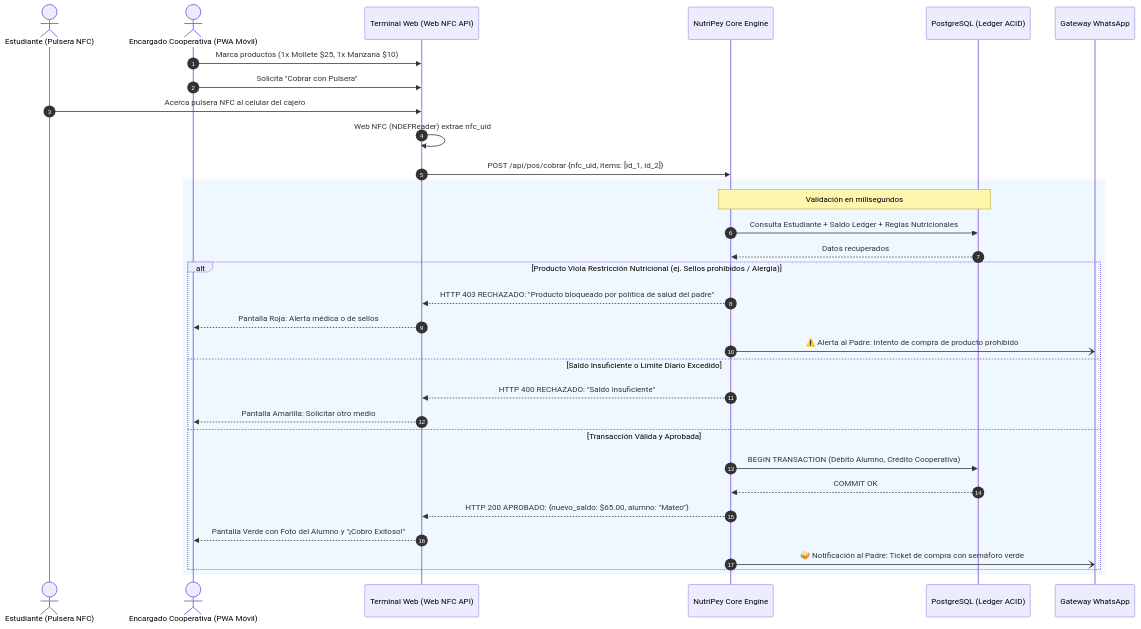
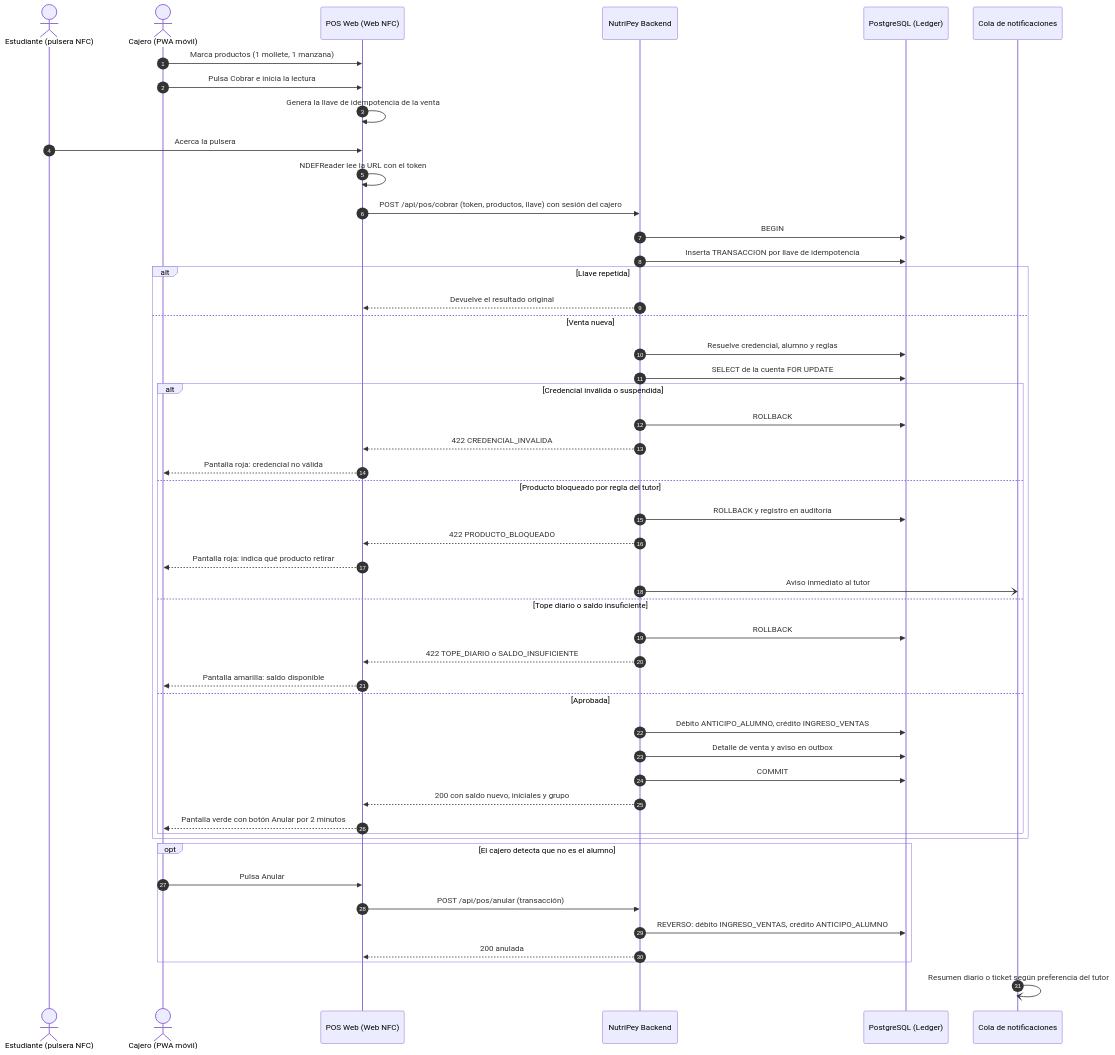
Before and after one commit to rslnt1270/NutriPey_Hackathon_CDMX_2026: the third of 4 diagrams in docs/diagrams/03_system_flows.md, drawn with Mermaid. The commit also changed other lines of this file and 20 other files, not shown here.

````diff
--- a/docs/diagrams/03_system_flows.md
+++ b/docs/diagrams/03_system_flows.md
@@ -56,37 +114,55 @@
 ```mermaid
 sequenceDiagram
     autonumber
-    actor Estudiante as Estudiante (Pulsera NFC)
-    actor Cajero as Encargado Cooperativa (PWA Móvil)
-    participant POS as Terminal Web (Web NFC API)
-    participant Backend as NutriPey Core Engine
-    participant DB as PostgreSQL (Ledger ACID)
-    participant WhatsApp as Gateway WhatsApp
+    actor Estudiante as Estudiante (pulsera NFC)
+    actor Cajero as Cajero (PWA móvil)
+    participant POS as POS Web (Web NFC)
+    participant Backend as NutriPey Backend
+    participant DB as PostgreSQL (Ledger)
+    participant Cola as Cola de notificaciones
 
-    Cajero->>POS: Marca productos (1x Mollete $25, 1x Manzana $10)
-    Cajero->>POS: Solicita "Cobrar con Pulsera"
-    Estudiante->>POS: Acerca pulsera NFC al celular del cajero
-    POS->>POS: Web NFC (NDEFReader) extrae nfc_uid
-    POS->>Backend: POST /api/pos/cobrar {nfc_uid, items: [id_1, id_2]}
+    Cajero->>POS: Marca productos (1 mollete, 1 manzana)
+    Cajero->>POS: Pulsa Cobrar e inicia la lectura
+    POS->>POS: Genera la llave de idempotencia de la venta
+    Estudiante->>POS: Acerca la pulsera
+    POS->>POS: NDEFReader lee la URL con el token
+    POS->>Backend: POST /api/pos/cobrar (token, productos, llave) con sesión del cajero
 
-    rect rgb(240, 248, 255)
-        Note over Backend, DB: Validación en milisegundos
-        Backend->>DB: Consulta Estudiante + Saldo Ledger + Reglas Nutricionales
-        DB-->>Backend: Datos recuperados
-
-        alt Producto Viola Restricción Nutricional (ej. Sellos prohibidos / Alergia)
-            Backend-->>POS: HTTP 403 RECHAZADO: "Producto bloqueado por política de salud del padre"
-            POS-->>Cajero: Pantalla Roja: Alerta médica o de sellos
-            Backend-)WhatsApp: ⚠️ Alerta al Padre: Intento de compra de producto prohibido
-        else Saldo Insuficiente o Límite Diario Excedido
-            Backend-->>POS: HTTP 400 RECHAZADO: "Saldo insuficiente"
-            POS-->>Cajero: Pantalla Amarilla: Solicitar otro medio
-        else Transacción Válida y Aprobada
-            Backend->>DB: BEGIN TRANSACTION (Débito Alumno, Crédito Cooperativa)
-            DB-->>Backend: COMMIT OK
-            Backend-->>POS: HTTP 200 APROBADO: {nuevo_saldo: $65.00, alumno: "Mateo"}
-            POS-->>Cajero: Pantalla Verde con Foto del Alumno y "¡Cobro Exitoso!"
-            Backend-)WhatsApp: 🥪 Notificación al Padre: Ticket de compra con semáforo verde
+    Backend->>DB: BEGIN
+    Backend->>DB: Inserta TRANSACCION por llave de idempotencia
+    alt Llave repetida
+        Backend-->>POS: Devuelve el resultado original
+    else Venta nueva
+        Backend->>DB: Resuelve credencial, alumno y reglas
+        Backend->>DB: SELECT de la cuenta FOR UPDATE
+        alt Credencial inválida o suspendida
+            Backend->>DB: ROLLBACK
+            Backend-->>POS: 422 CREDENCIAL_INVALIDA
+            POS-->>Cajero: Pantalla roja: credencial no válida
+        else Producto bloqueado por regla del tutor
+            Backend->>DB: ROLLBACK y registro en auditoría
+            Backend-->>POS: 422 PRODUCTO_BLOQUEADO
+            POS-->>Cajero: Pantalla roja: indica qué producto retirar
+            Backend-)Cola: Aviso inmediato al tutor
+        else Tope diario o saldo insuficiente
+            Backend->>DB: ROLLBACK
+            Backend-->>POS: 422 TOPE_DIARIO o SALDO_INSUFICIENTE
+            POS-->>Cajero: Pantalla amarilla: saldo disponible
+        else Aprobada
+            Backend->>DB: Débito ANTICIPO_ALUMNO, crédito INGRESO_VENTAS
+            Backend->>DB: Detalle de venta y aviso en outbox
+            Backend->>DB: COMMIT
+            Backend-->>POS: 200 con saldo nuevo, iniciales y grupo
+            POS-->>Cajero: Pantalla verde con botón Anular por 2 minutos
         end
     end
+
+    opt El cajero detecta que no es el alumno
+        Cajero->>POS: Pulsa Anular
+        POS->>Backend: POST /api/pos/anular (transacción)
+        Backend->>DB: REVERSO: débito INGRESO_VENTAS, crédito ANTICIPO_ALUMNO
+        Backend-->>POS: 200 anulada
+    end
+
+    Cola-)Cola: Resumen diario o ticket según preferencia del tutor
 ```
````
